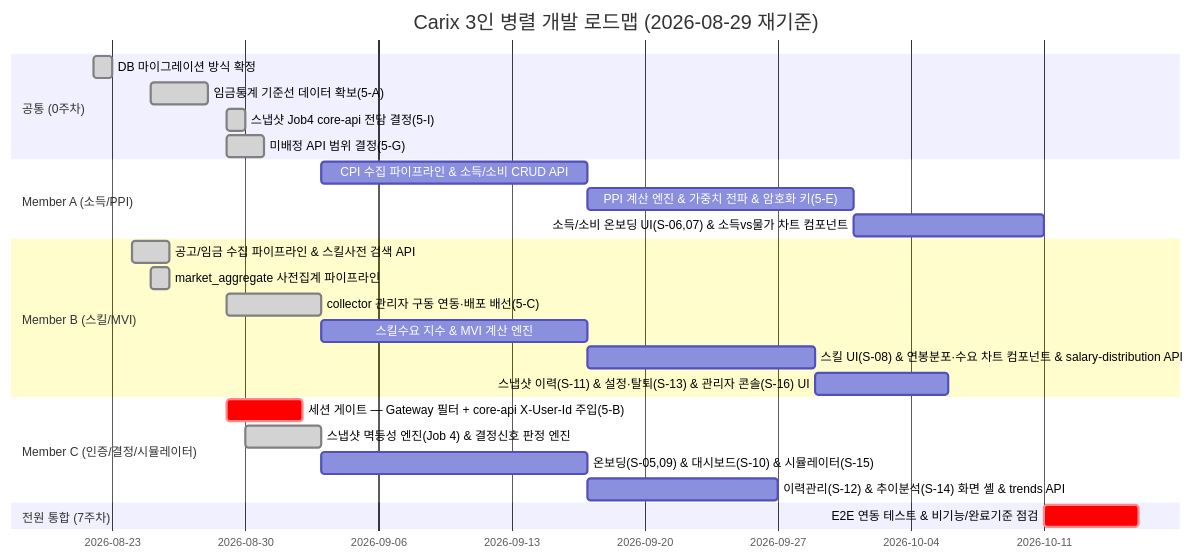
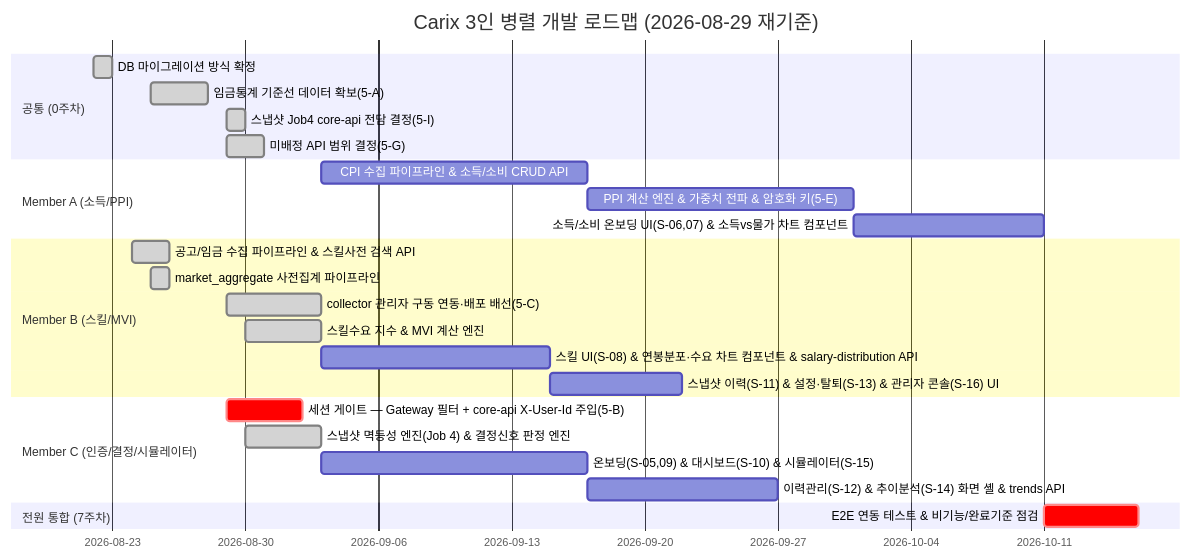
Before and after one commit to SeoHyeokGyu/Carix: the first of 2 diagrams in docs/plans/carix-dev-plan.md, drawn with Mermaid. The commit also changed other lines of this file, not shown here.

First line of the commit message:
docs(plan): Member B 1~2주차 스킬 수요 지수 및 MVI 엔진 완료 반영

````diff
--- a/docs/plans/carix-dev-plan.md
+++ b/docs/plans/carix-dev-plan.md
@@ -116,28 +117,28 @@
 ```mermaid
 gantt
     title Carix 3인 병렬 개발 로드맵 (2026-08-29 재기준)
     dateFormat  YYYY-MM-DD
     section 공통 (0주차)
     DB 마이그레이션 방식 확정 :done, c0a, 2026-08-22, 1d
     임금통계 기준선 데이터 확보(5-A) :done, a0, 2026-08-25, 3d
     스냅샷 Job4 core-api 전담 결정(5-I) :done, i0, 2026-08-29, 1d
     미배정 API 범위 결정(5-G) :done, c0, 2026-08-29, 2d
     section Member A (소득/PPI)
     CPI 수집 파이프라인 & 소득/소비 CRUD API :a1, after b0, 14d
     PPI 계산 엔진 & 가중치 전파 & 암호화 키(5-E) :a2, after a1, 14d
     소득/소비 온보딩 UI(S-06,07) & 소득vs물가 차트 컴포넌트 :a3, after a2, 10d
     section Member B (스킬/MVI)
     공고/임금 수집 파이프라인 & 스킬사전 검색 API :done, b1, 2026-08-24, 2d
     market_aggregate 사전집계 파이프라인 :done, b2a, 2026-08-25, 1d
     collector 관리자 구동 연동·배포 배선(5-C) :done, b0, 2026-08-29, 5d
-    스킬수요 지수 & MVI 계산 엔진 :b2, after b0, 14d
+    스킬수요 지수 & MVI 계산 엔진 :done, b2, 2026-08-30, 4d
     스킬 UI(S-08) & 연봉분포·수요 차트 컴포넌트 & salary-distribution API :b3, after b2, 12d
     스냅샷 이력(S-11) & 설정·탈퇴(S-13) & 관리자 콘솔(S-16) UI :b4, after b3, 7d
     section Member C (인증/결정/시뮬레이터)
     세션 게이트 — Gateway 필터 + core-api X-User-Id 주입(5-B) :crit, c0b, 2026-08-29, 4d
     스냅샷 멱등성 엔진(Job 4) & 결정신호 판정 엔진 :done, c2, 2026-08-30, 4d
     온보딩(S-05,09) & 대시보드(S-10) & 시뮬레이터(S-15) :c3, after c2, 14d
     이력관리(S-12) & 추이분석(S-14) 화면 셸 & trends API :c4, after c3, 10d
     section 전원 통합 (7주차)
     E2E 연동 테스트 & 비기능/완료기준 점검 :crit, e2e, after a3 b4 c4, 5d
 ```
````
